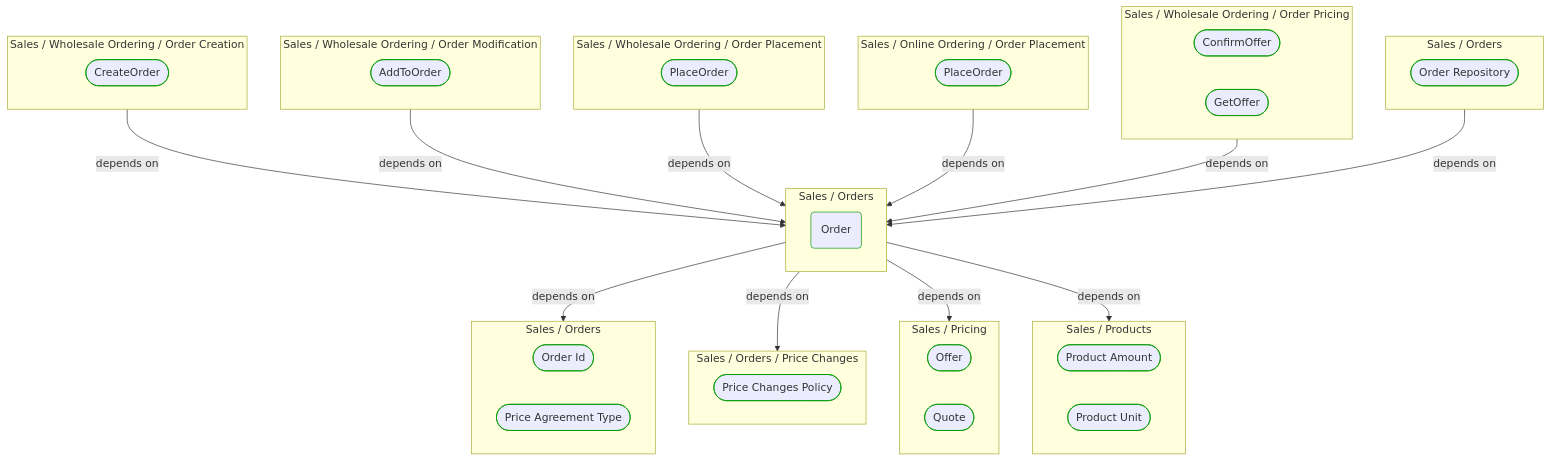
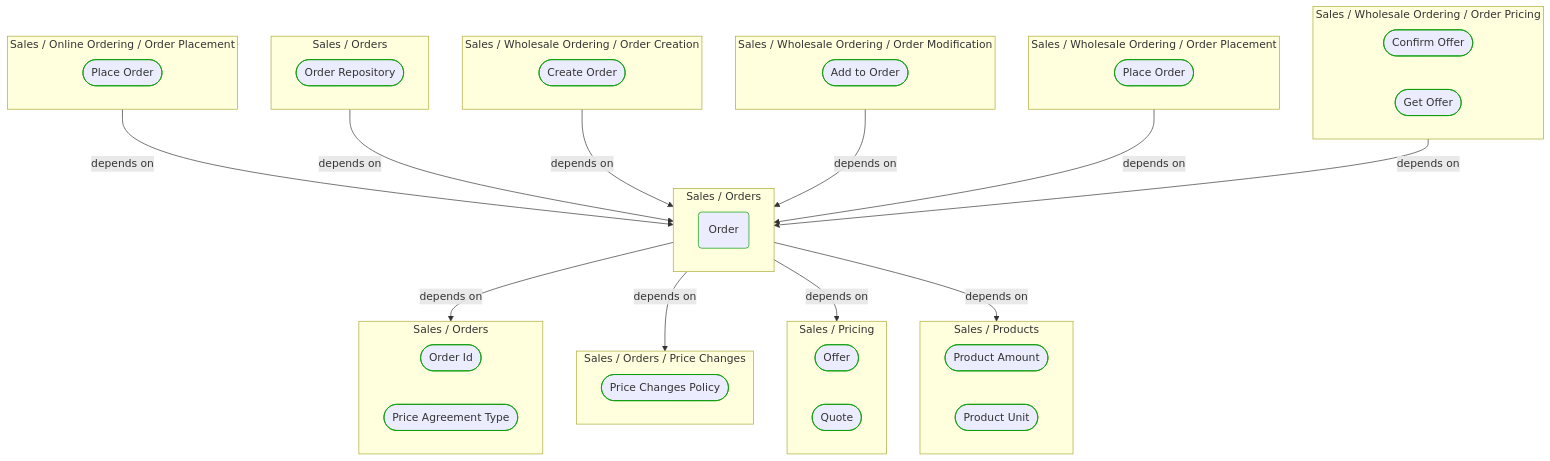
One commit to itlibrium/DDD-starter-dotnet changed the first of 2 diagrams in Docs/P3/MermaidOutput/Domain/Concepts/Sales/Orders/Order.md. Above: the diagram before and after it, drawn with Mermaid. The commit also changed other lines of this file and 51 other files, not shown here.

````diff
--- a/Docs/P3/MermaidOutput/Domain/Concepts/Sales/Orders/Order.md
+++ b/Docs/P3/MermaidOutput/Domain/Concepts/Sales/Orders/Order.md
@@ -20,68 +20,68 @@
 ```mermaid
   flowchart TB
-    subgraph 0["Sales / Wholesale Ordering / Order Creation"]
-      1([CreateOrder])
+    subgraph 0["Sales / Online Ordering / Order Placement"]
+      1([Place Order])
       class 1 DomainPerspective
     end
-    subgraph 2["Sales / Wholesale Ordering / Order Modification"]
-      3([AddToOrder])
+    subgraph 2["Sales / Orders"]
+      3([Order Repository])
       class 3 DomainPerspective
     end
-    subgraph 4["Sales / Wholesale Ordering / Order Placement"]
-      5([PlaceOrder])
+    subgraph 4["Sales / Wholesale Ordering / Order Creation"]
+      5([Create Order])
       class 5 DomainPerspective
     end
-    subgraph 6["Sales / Online Ordering / Order Placement"]
-      7([PlaceOrder])
+    subgraph 6["Sales / Wholesale Ordering / Order Modification"]
+      7([Add to Order])
       class 7 DomainPerspective
     end
-    subgraph 8["Sales / Wholesale Ordering / Order Pricing"]
-      9([ConfirmOffer])
+    subgraph 8["Sales / Wholesale Ordering / Order Placement"]
+      9([Place Order])
       class 9 DomainPerspective
-      10([GetOffer])
-      class 10 DomainPerspective
     end
-    subgraph 11["Sales / Orders"]
-      12([Order Repository])
+    subgraph 10["Sales / Wholesale Ordering / Order Pricing"]
+      11([Confirm Offer])
+      class 11 DomainPerspective
+      12([Get Offer])
       class 12 DomainPerspective
     end
     subgraph 13["Sales / Orders"]
       14(Order)
       class 14 DomainPerspective
     end
     subgraph 15["Sales / Orders"]
       16([Order Id])
       class 16 DomainPerspective
       17([Price Agreement Type])
       class 17 DomainPerspective
     end
     subgraph 18["Sales / Orders / Price Changes"]
       19([Price Changes Policy])
       class 19 DomainPerspective
     end
     subgraph 20["Sales / Pricing"]
       21([Offer])
       class 21 DomainPerspective
       22([Quote])
       class 22 DomainPerspective
     end
     subgraph 23["Sales / Products"]
       24([Product Amount])
       class 24 DomainPerspective
       25([Product Unit])
       class 25 DomainPerspective
     end
     0-->|depends on|13
     2-->|depends on|13
     4-->|depends on|13
     6-->|depends on|13
     8-->|depends on|13
-    11-->|depends on|13
+    10-->|depends on|13
     13-->|depends on|15
     13-->|depends on|18
     13-->|depends on|20
     13-->|depends on|23
     classDef DomainPerspective stroke:#009900
     classDef TechnologyPerspective stroke:#1F41EB
     classDef PeoplePerspective stroke:#FFF014
 ```
````
